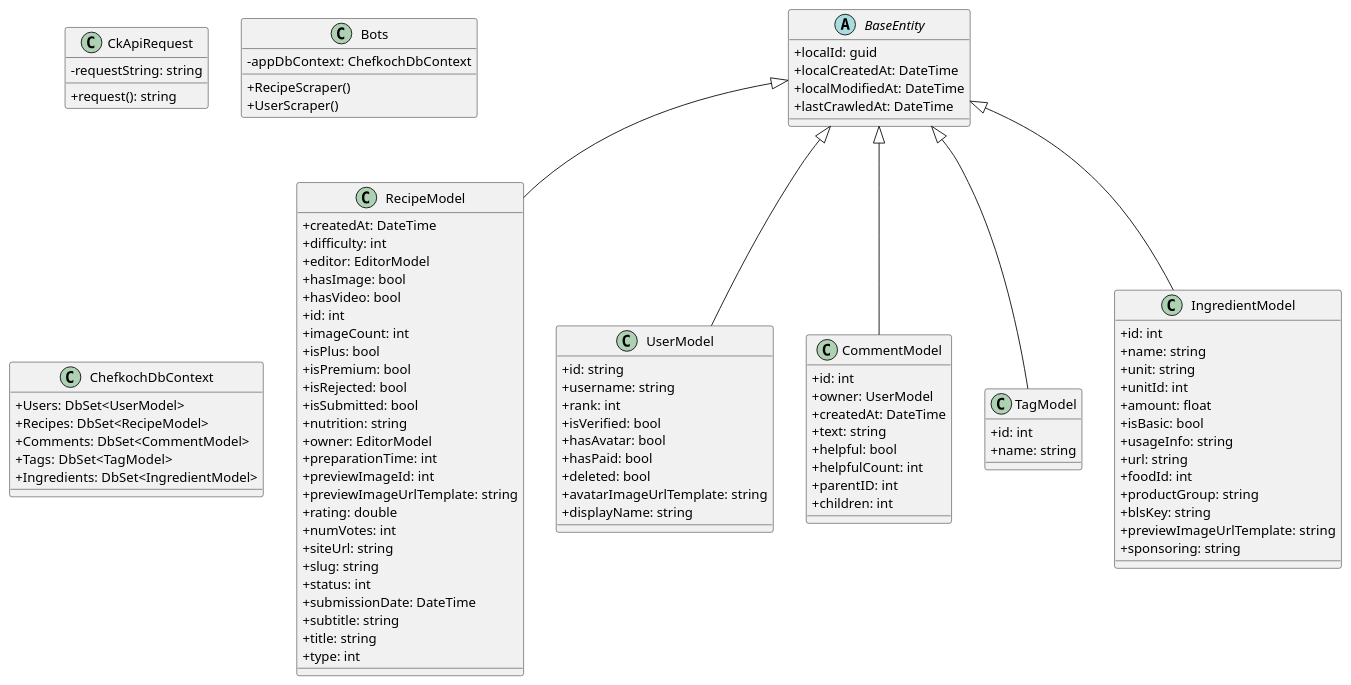
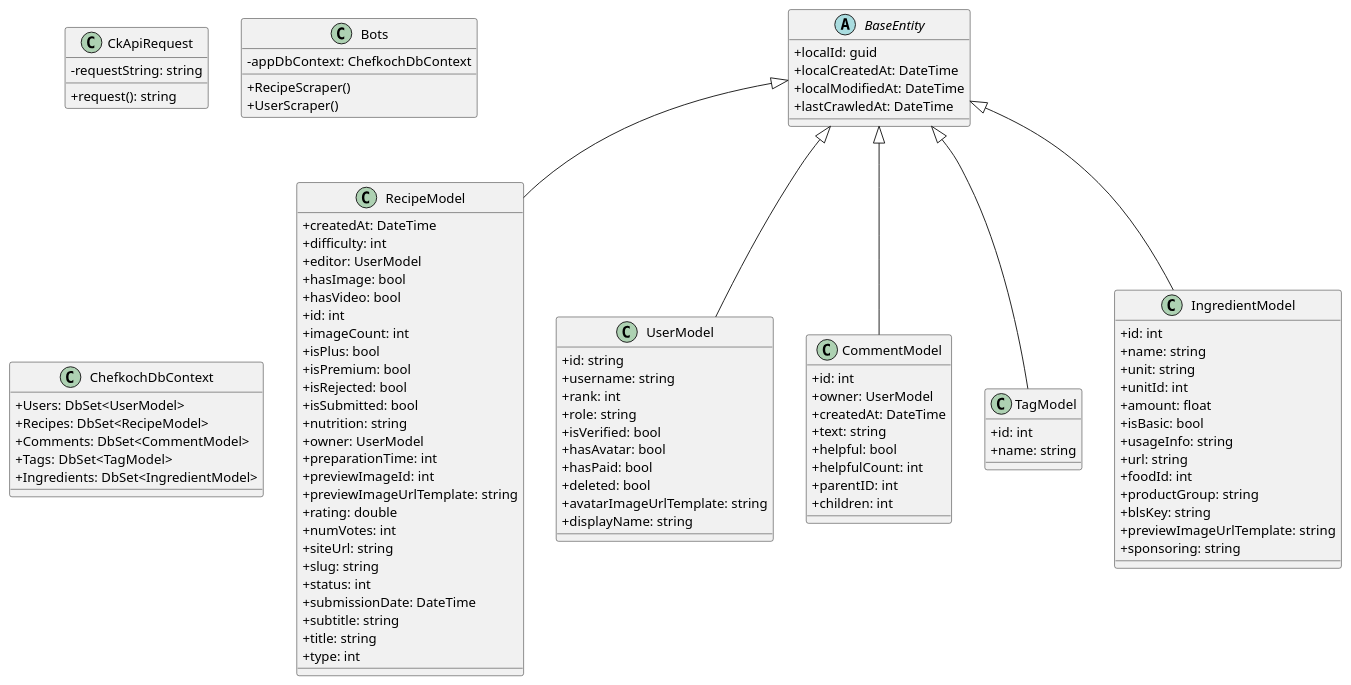
One commit to CaptnNiveau/ChefkochScraper changed the diagram in Softwareentwurf/classes.puml. Above: the diagram before and after it, drawn with PlantUML. The commit also changed 9 other files, not shown here.

```diff
--- a/Softwareentwurf/classes.puml
+++ b/Softwareentwurf/classes.puml
@@ -1,107 +1,108 @@
 @startuml Classes
 skinparam classAttributeIconSize 0
 class CkApiRequest{
   -requestString: string
   +request(): string
 }
 
 abstract class BaseEntity{
   +localId: guid
   +localCreatedAt: DateTime
   +localModifiedAt: DateTime
   +lastCrawledAt: DateTime
 }
 
 class RecipeModel{
   +createdAt: DateTime
   +difficulty: int
-  +editor: EditorModel
+  +editor: UserModel
   +hasImage: bool
   +hasVideo: bool
   +id: int
   +imageCount: int
   +isPlus: bool
   +isPremium: bool
   +isRejected: bool
   +isSubmitted: bool
   +nutrition: string
-  +owner: EditorModel
+  +owner: UserModel
   +preparationTime: int
   +previewImageId: int
   +previewImageUrlTemplate: string
   +rating: double
   +numVotes: int
   +siteUrl: string
   +slug: string
   +status: int
   +submissionDate: DateTime
   +subtitle: string
   +title: string
   +type: int
 }
 
 class UserModel{
   +id: string
   +username: string
   +rank: int
+  +role: string
   +isVerified: bool
   +hasAvatar: bool
   +hasPaid: bool
   +deleted: bool
   +avatarImageUrlTemplate: string
   +displayName: string
 }
 
 class CommentModel{
   +id: int
   +owner: UserModel
   +createdAt: DateTime
   +text: string
   +helpful: bool
   +helpfulCount: int
   +parentID: int
   +children: int
 }
 
 class TagModel{
   +id: int
   +name: string
 }
 
 class IngredientModel{
   +id: int
   +name: string
   +unit: string
   +unitId: int
   +amount: float
   +isBasic: bool
   +usageInfo: string
   +url: string
   +foodId: int
   +productGroup: string
   +blsKey: string
   +previewImageUrlTemplate: string
   +sponsoring: string
 }
 
 class Bots{
   -appDbContext: ChefkochDbContext
   +RecipeScraper()
   +UserScraper()
 }
 
 class ChefkochDbContext {
   +Users: DbSet<UserModel>
   +Recipes: DbSet<RecipeModel>
   +Comments: DbSet<CommentModel>
   +Tags: DbSet<TagModel>
   +Ingredients: DbSet<IngredientModel>
 }
 
 BaseEntity <|-- UserModel
 BaseEntity <|-- RecipeModel
 BaseEntity <|-- IngredientModel
 BaseEntity <|-- CommentModel
 BaseEntity <|-- TagModel
 
 @enduml
```
